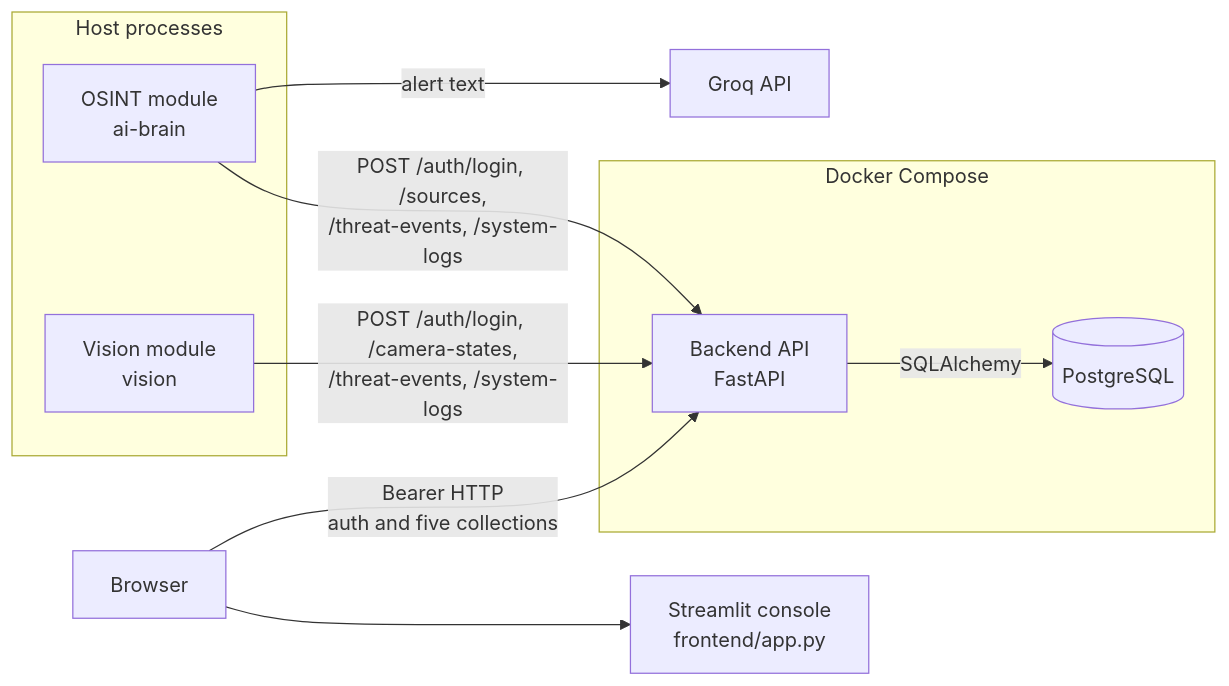
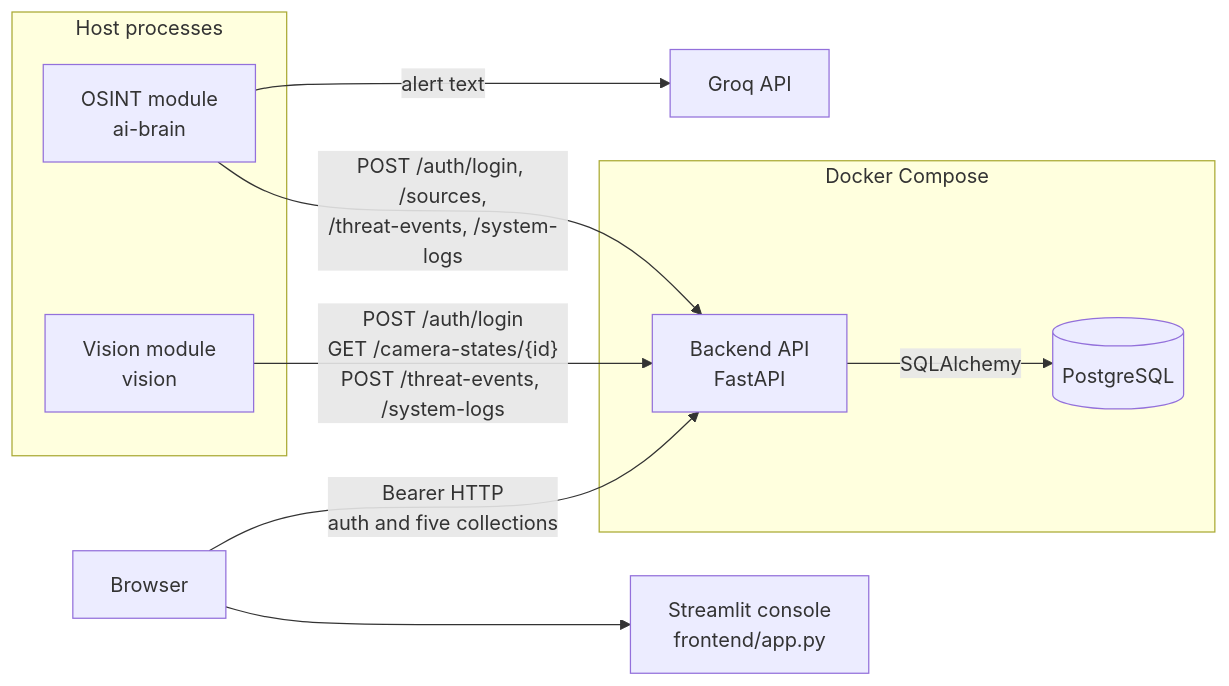
Before and after one commit to aimanahmed495-max/ProjectHeimdall: the first of 3 diagrams in docs/ARCHITECTURE.md, drawn with Mermaid. The commit also changed other lines of this file and 6 other files, not shown here.

````diff
--- a/docs/ARCHITECTURE.md
+++ b/docs/ARCHITECTURE.md
@@ -7,23 +7,23 @@
 ```mermaid
 flowchart LR
     subgraph host [Host processes]
         osint["OSINT module<br/>ai-brain"]
         vision["Vision module<br/>vision"]
     end
 
     groq["Groq API"]
     browser["Browser"]
     console["Streamlit console<br/>frontend/app.py"]
 
     subgraph compose [Docker Compose]
         api["Backend API<br/>FastAPI"]
         db[("PostgreSQL")]
     end
 
     osint -->|"POST /auth/login, /sources,<br/>/threat-events, /system-logs"| api
     osint -->|"alert text"| groq
-    vision -->|"POST /auth/login, /camera-states,<br/>/threat-events, /system-logs"| api
+    vision -->|"POST /auth/login<br/>GET /camera-states/{id}<br/>POST /threat-events, /system-logs"| api
     browser --> console
     browser -->|"Bearer HTTP<br/>auth and five collections"| api
     api -->|"SQLAlchemy"| db
 ```
````
